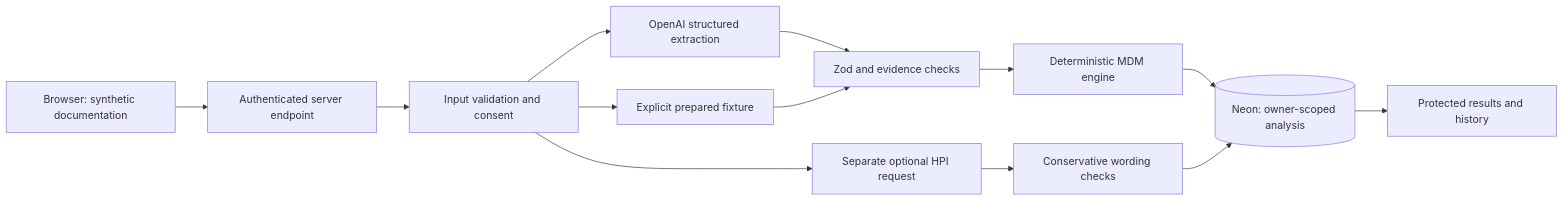
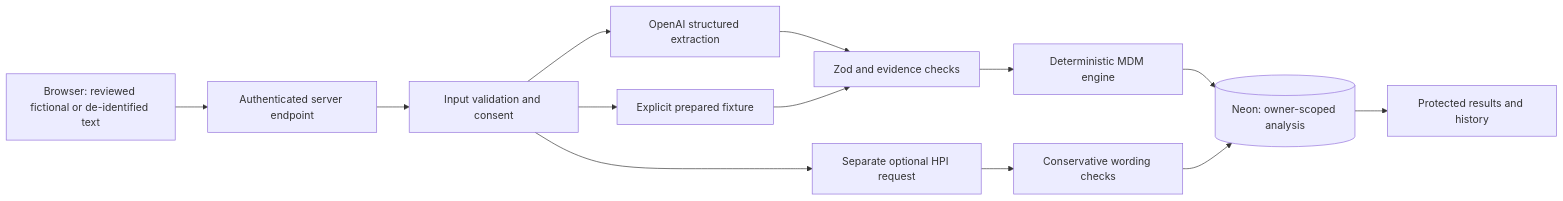
Before and after one commit to osaleh28/MedCodeAI: the diagram in README.md, drawn with Mermaid. The commit also changed other lines of this file and 28 other files, not shown here.

Commit message:
Add reviewed note imports and de-identified case support

````diff
--- a/README.md
+++ b/README.md
@@ -50,15 +51,15 @@
 ```mermaid
 flowchart LR
-    Browser[Browser: synthetic documentation] --> Server[Authenticated server endpoint]
+    Browser[Browser: reviewed fictional or de-identified text] --> Server[Authenticated server endpoint]
     Server --> Validation[Input validation and consent]
     Validation --> Provider[OpenAI structured extraction]
     Validation --> Fixture[Explicit prepared fixture]
     Provider --> Grounding[Zod and evidence checks]
     Fixture --> Grounding
     Grounding --> Rules[Deterministic MDM engine]
     Rules --> Neon[(Neon: owner-scoped analysis)]
     Neon --> Results[Protected results and history]
     Validation --> HPI[Separate optional HPI request]
     HPI --> Guard[Conservative wording checks]
     Guard --> Neon
 ```
````
